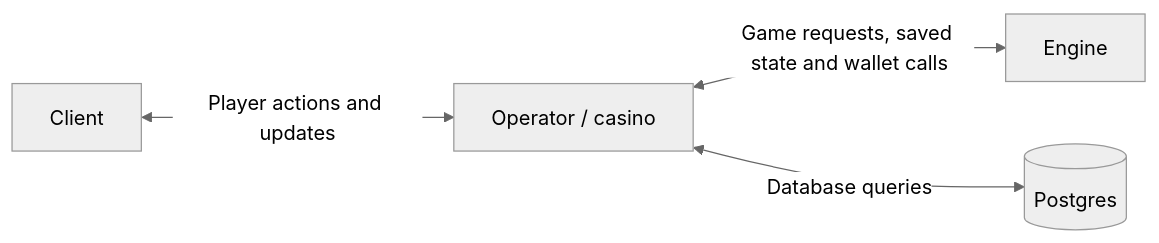
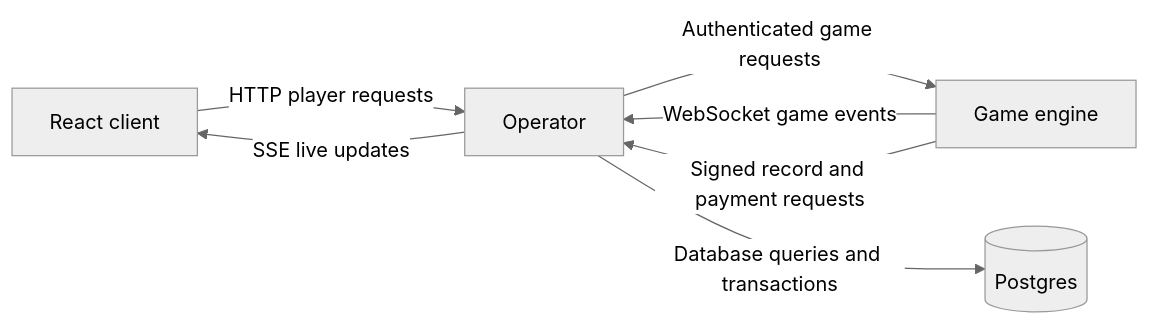
One commit to RubalNandal/highstack-game-mechanic-assessment changed the first of 3 diagrams in README.md. Above: the diagram before and after it, drawn with Mermaid (neutral theme). The commit also changed other lines of this file and 47 other files, not shown here.

````diff
--- a/README.md
+++ b/README.md
@@ -67,6 +50,13 @@
 ```mermaid
 flowchart LR
-    Client["Client"] <-->|"Player actions and updates"| Operator["Operator / casino"]
-    Operator <-->|"Game requests, saved state and wallet calls"| Engine["Engine"]
-    Operator <-->|"Database queries"| DB[(Postgres)]
+    C["React client"]
+    O["Operator"]
+    E["Game engine"]
+    D[("Postgres")]
+    C -->|"HTTP player requests"| O
+    O -->|"SSE live updates"| C
+    O -->|"Authenticated game requests"| E
+    E -->|"WebSocket game events"| O
+    E -->|"Signed record and payment requests"| O
+    O -->|"Database queries and transactions"| D
 ```
````
